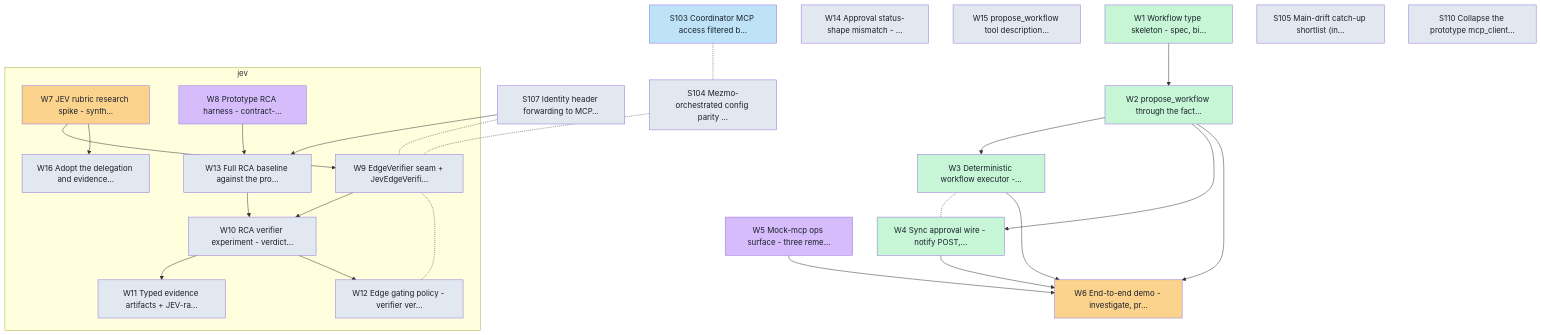
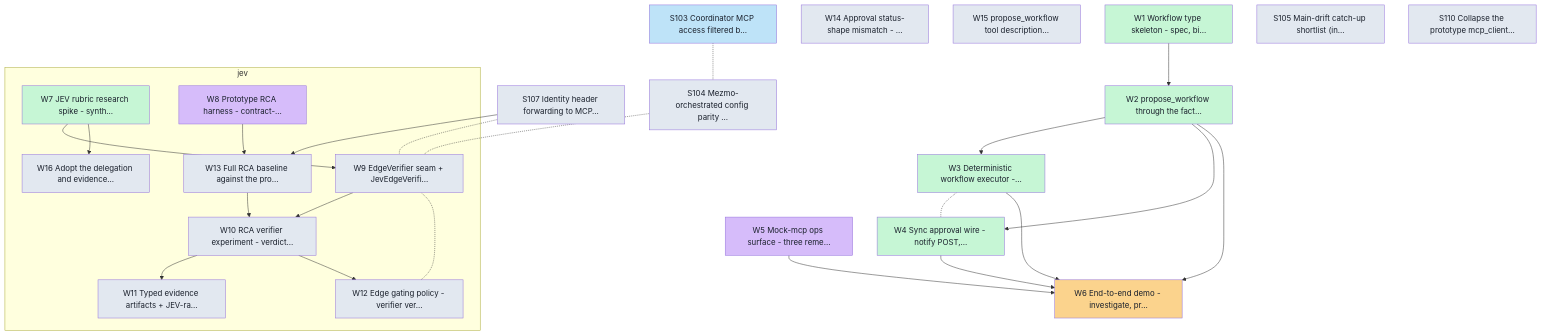
The diagram in docs/board/cards/graph.md (Shearerbeard/agent-driver-prototype), drawn with Mermaid before and after one commit. The commit also changed 7 other files, not shown here.

````diff
--- a/docs/board/cards/graph.md
+++ b/docs/board/cards/graph.md
@@ -8,51 +8,51 @@
 ```mermaid
 flowchart TD
   classDef backlog fill:#e2e8f0,color:#1a202c;
   classDef ready fill:#bee3f8,color:#1a202c;
   classDef inprogress fill:#fbd38d,color:#1a202c;
   classDef inreview fill:#d6bcfa,color:#1a202c;
   classDef done fill:#c6f6d5,color:#1a202c;
   subgraph lane_jev["jev"]
-    W7["W7 JEV rubric research spike - synth…"]:::inprogress
+    W7["W7 JEV rubric research spike - synth…"]:::done
     W8["W8 Prototype RCA harness - contract-…"]:::inreview
     W9["W9 EdgeVerifier seam + JevEdgeVerifi…"]:::backlog
     W10["W10 RCA verifier experiment - verdict…"]:::backlog
     W11["W11 Typed evidence artifacts + JEV-ra…"]:::backlog
     W12["W12 Edge gating policy - verifier ver…"]:::backlog
     W13["W13 Full RCA baseline against the pro…"]:::backlog
     W16["W16 Adopt the delegation and evidence…"]:::backlog
   end
   W1["W1 Workflow type skeleton - spec, bi…"]:::done
   W2["W2 propose_workflow through the fact…"]:::done
   W3["W3 Deterministic workflow executor -…"]:::done
   W4["W4 Sync approval wire - notify POST,…"]:::done
   W5["W5 Mock-mcp ops surface - three reme…"]:::inreview
   W6["W6 End-to-end demo - investigate, pr…"]:::inprogress
   W14["W14 Approval status-shape mismatch - …"]:::backlog
   W15["W15 propose_workflow tool description…"]:::backlog
   S103["S103 Coordinator MCP access filtered b…"]:::ready
   S104["S104 Mezmo-orchestrated config parity …"]:::backlog
   S105["S105 Main-drift catch-up shortlist (in…"]:::backlog
   S107["S107 Identity header forwarding to MCP…"]:::backlog
   S110["S110 Collapse the prototype mcp_client…"]:::backlog
   W1 --> W2
   W2 --> W3
   W3 -.- W4
   W2 --> W4
   W2 --> W6
   W3 --> W6
   W4 --> W6
   W5 --> W6
   W7 --> W9
   W13 --> W10
   W9 --> W10
   W10 --> W11
   W10 --> W12
   W12 -.- W9
   W8 --> W13
   S107 --> W13
   W7 --> W16
   S103 -.- S104
   S104 -.- W9
   S107 -.- W9
 ```
````
